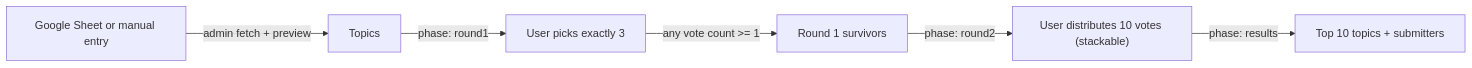
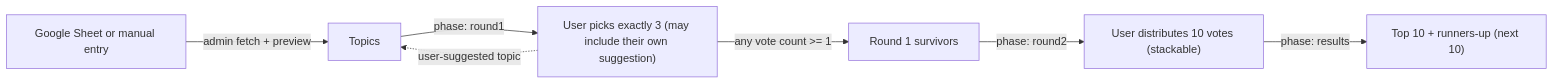
Before and after one commit to cgarren/music-league-voting: the first of 2 diagrams in README.md, drawn with Mermaid. The commit also changed other lines of this file and 1 other file, not shown here.

````diff
--- a/README.md
+++ b/README.md
@@ -25,8 +29,9 @@
 ```mermaid
 flowchart LR
   Sheet[Google Sheet or manual entry] -->|admin fetch + preview| Topics
-  Topics -->|phase: round1| R1Vote[User picks exactly 3]
+  R1Vote -.->|user-suggested topic| Topics
+  Topics -->|phase: round1| R1Vote["User picks exactly 3 (may include their own suggestion)"]
   R1Vote -->|any vote count >= 1| Survivors[Round 1 survivors]
   Survivors -->|phase: round2| R2Vote["User distributes 10 votes (stackable)"]
-  R2Vote -->|phase: results| Top10[Top 10 topics + submitters]
+  R2Vote -->|phase: results| Top10["Top 10 + runners-up (next 10)"]
 ```
````
